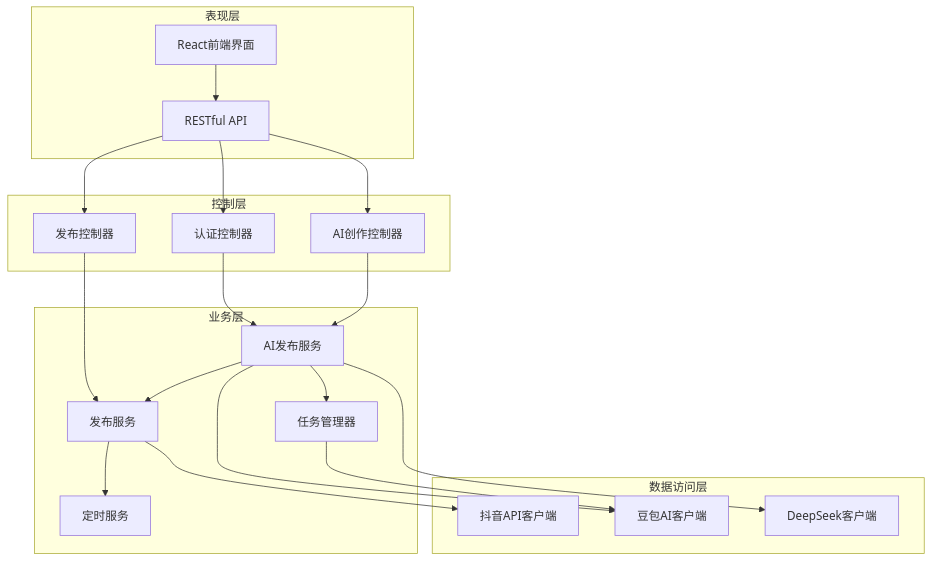
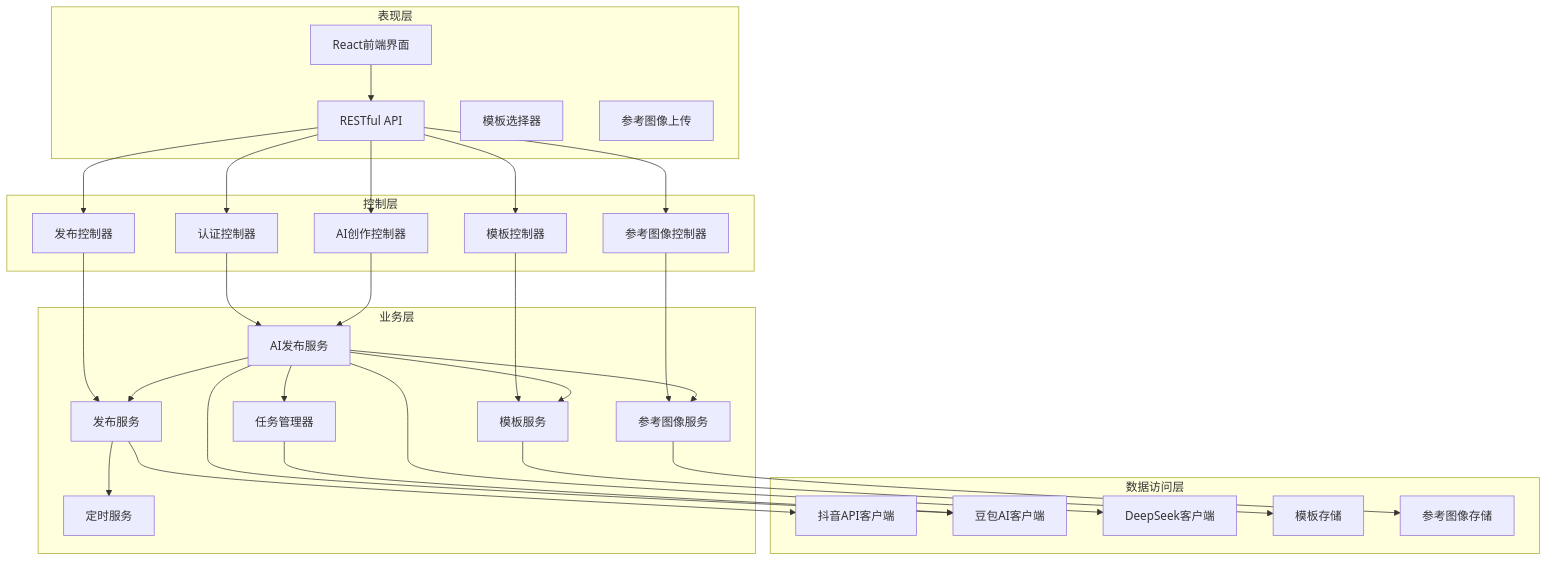
One commit to songdiyang/clawOperations changed the fourth of 11 diagrams in .qoder/repowiki/zh/content/核心模块详解/AI内容生成系统.md. Above: the diagram before and after it, drawn with Mermaid. The commit also changed other lines of this file and 7 other files, not shown here.

````diff
--- a/.qoder/repowiki/zh/content/核心模块详解/AI内容生成系统.md
+++ b/.qoder/repowiki/zh/content/核心模块详解/AI内容生成系统.md
@@ -241,37 +253,53 @@
 ```mermaid
 graph TB
 subgraph "表现层"
 UI[React前端界面]
 API[RESTful API]
+TemplateSelector[模板选择器]
+ReferenceImageUploader[参考图像上传]
 end
 subgraph "控制层"
 AuthCtrl[认证控制器]
 AICtrl[AI创作控制器]
 PubCtrl[发布控制器]
+TemplateCtrl[模板控制器]
+RefImgCtrl[参考图像控制器]
 end
 subgraph "业务层"
 AIPubService[AI发布服务]
 PubService[发布服务]
 SchedulerService[定时服务]
 TaskManager[任务管理器]
+TemplateService[模板服务]
+RefImgService[参考图像服务]
 end
 subgraph "数据访问层"
 DouyinClient[抖音API客户端]
 DoubaoClient[豆包AI客户端]
 DeepSeekClient[DeepSeek客户端]
+TemplateStorage[模板存储]
+RefImgStorage[参考图像存储]
 end
 UI --> API
 API --> AuthCtrl
 API --> AICtrl
 API --> PubCtrl
+API --> TemplateCtrl
+API --> RefImgCtrl
 AuthCtrl --> AIPubService
 AICtrl --> AIPubService
 PubCtrl --> PubService
+TemplateCtrl --> TemplateService
+RefImgCtrl --> RefImgService
 AIPubService --> PubService
 AIPubService --> TaskManager
+AIPubService --> TemplateService
+AIPubService --> RefImgService
 PubService --> SchedulerService
 AIPubService --> DoubaoClient
 AIPubService --> DeepSeekClient
 PubService --> DouyinClient
 TaskManager --> DoubaoClient
+TemplateService --> TemplateStorage
+RefImgService --> RefImgStorage
 ```
````
